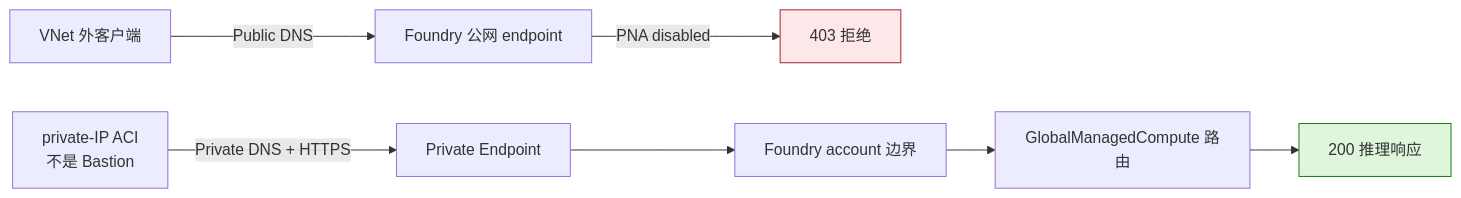
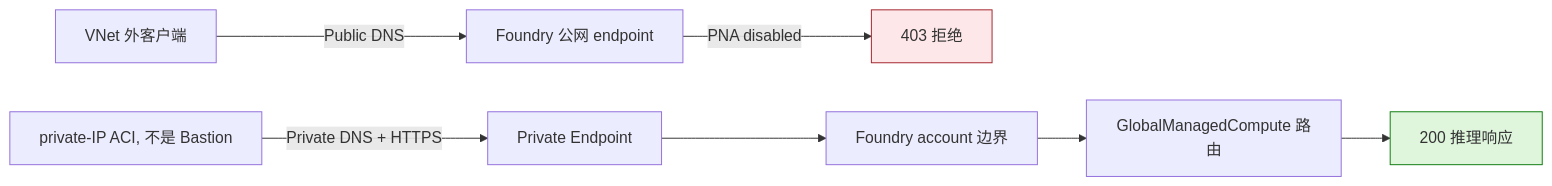
The diagram in Deep-Learning/Managed-Compute-Private-Endpoint/README-CN.md (david-xinyuwei/david-share), drawn with Mermaid before and after one commit. The commit also changed 1 other file, not shown here.

Commit message:
Fix Managed Compute Mermaid rendering

````diff
--- a/Deep-Learning/Managed-Compute-Private-Endpoint/README-CN.md
+++ b/Deep-Learning/Managed-Compute-Private-Endpoint/README-CN.md
@@ -178,12 +178,12 @@
 ```mermaid
 flowchart LR
     OUT[VNet 外客户端] -->|Public DNS| PUB[Foundry 公网 endpoint]
     PUB -->|PNA disabled| DENY[403 拒绝]
-    IN[private-IP ACI<br/>不是 Bastion] -->|Private DNS + HTTPS| PE[Private Endpoint]
+    IN[private-IP ACI, 不是 Bastion] -->|Private DNS + HTTPS| PE[Private Endpoint]
     PE --> ACCOUNT[Foundry account 边界]
     ACCOUNT --> ROUTE[GlobalManagedCompute 路由]
     ROUTE --> OK[200 推理响应]
 
     style DENY fill:#fde7e9,stroke:#a4262c
     style OK fill:#dff6dd,stroke:#107c10
 ```
````
